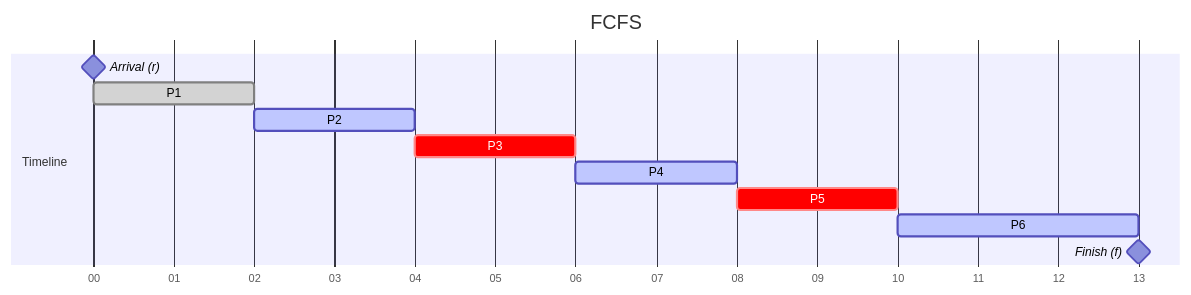
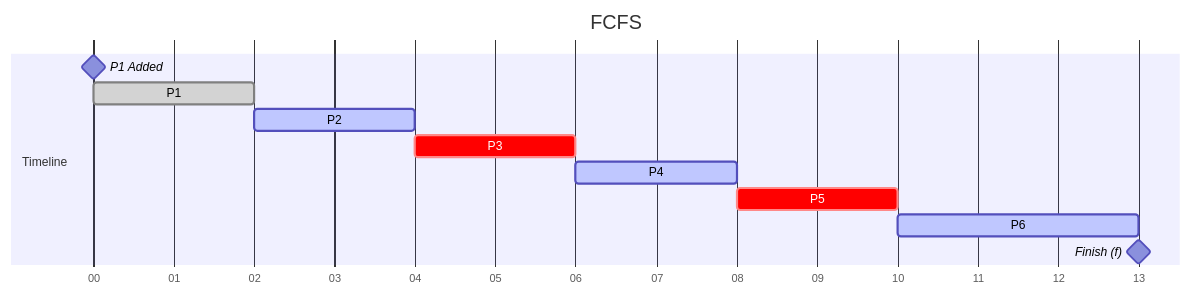
The third of 3 diagrams in uit/courses/IT007/elearning/IT007-elearning-ch04.md (leanhvu21042001/LT.K2025.2-CNTT), drawn with Mermaid before and after one commit.

````diff
--- a/uit/courses/IT007/elearning/IT007-elearning-ch04.md
+++ b/uit/courses/IT007/elearning/IT007-elearning-ch04.md
@@ -302,22 +302,22 @@
 ```mermaid
 ---
 config:
   theme: default
   themeVariables:
     fontFamily: "Iosevka"
 ---
 gantt
     title FCFS
     dateFormat S
     axisFormat %S
 
     section Timeline
-    Arrival (r) : milestone, m1, 1, 0s
+    P1 Added : milestone, m1, 1, 0s
     P1        : done, w1, after m1, 2s
     P2        : active, p1, after w1, 2s
     P3         : crit, g1, after p1, 2s
     P4      : active, p2, after g1, 2s
     P5       : crit, g2, after p2, 2s
     P6      : active, p3, after g2, 3s
     Finish (f)  : milestone, m2, after p3, 0s
 ```
````
